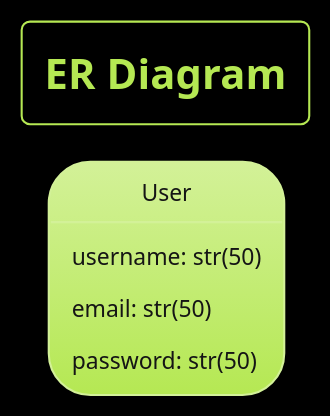
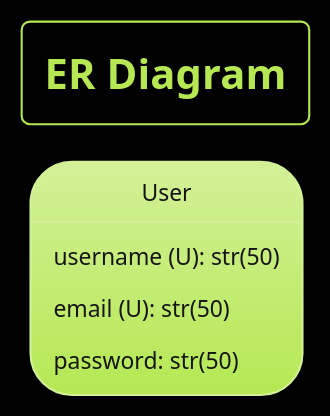
Before and after one commit to AdityaShenoy/FlipCart: the first of 2 diagrams in design.plantuml, drawn with PlantUML.

Commit message:
docs: add constraints to ER model

```diff
--- a/design.plantuml
+++ b/design.plantuml
@@ -1,13 +1,13 @@
 @startuml er_diagram
 
     !theme hacker
     skinparam BackgroundColor black
     title "ER Diagram"
 
     object User {
-        username: str(50)
-        email: str(50)
+        username (U): str(50)
+        email (U): str(50)
         password: str(50)
     }
 
 @enduml
```
